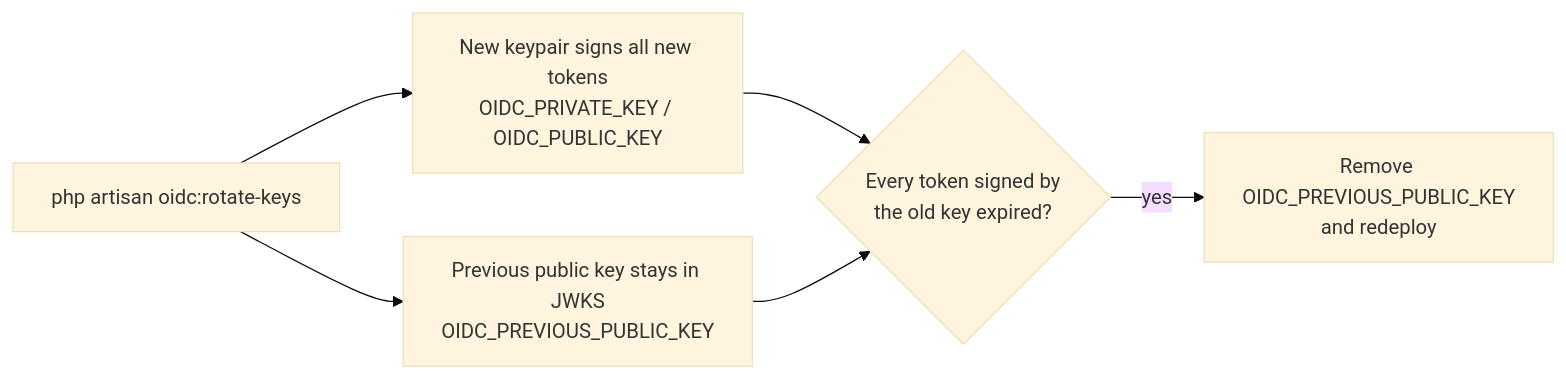
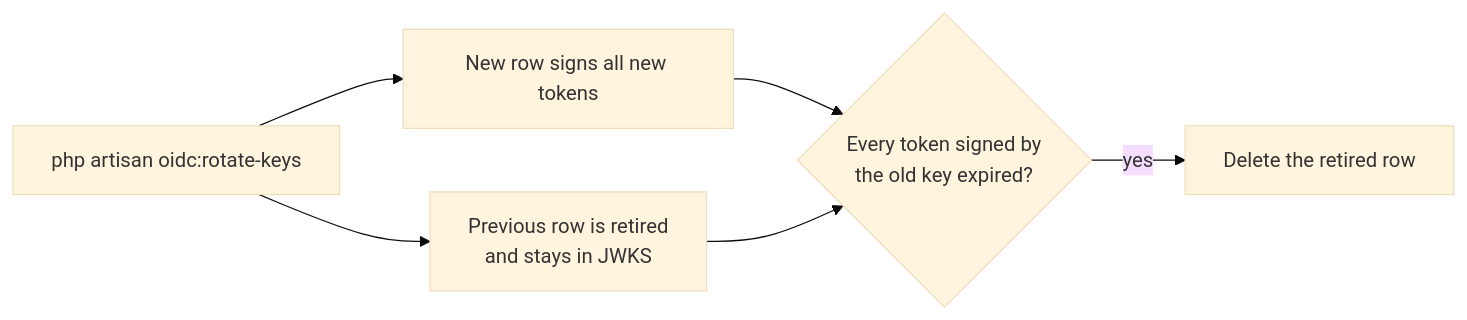
The diagram in docs/content/docs/provider/key-rotation.md (bambamboole/laravel-oidc), drawn with Mermaid (base theme) before and after one commit. The commit also changed other lines of this file and 50 other files, not shown here.

````diff
--- a/docs/content/docs/provider/key-rotation.md
+++ b/docs/content/docs/provider/key-rotation.md
@@ -39,8 +22,8 @@
 ```mermaid
 flowchart LR
-    A["php artisan oidc:rotate-keys"] --> B["New keypair signs all new tokens<br/>OIDC_PRIVATE_KEY / OIDC_PUBLIC_KEY"]
-    A --> C["Previous public key stays in JWKS<br/>OIDC_PREVIOUS_PUBLIC_KEY"]
+    A["php artisan oidc:rotate-keys"] --> B["New row signs all new tokens"]
+    A --> C["Previous row is retired<br/>and stays in JWKS"]
     B --> D{"Every token signed by<br/>the old key expired?"}
     C --> D
-    D -- yes --> E["Remove OIDC_PREVIOUS_PUBLIC_KEY<br/>and redeploy"]
+    D -- yes --> E["Delete the retired row"]
 ```
````
